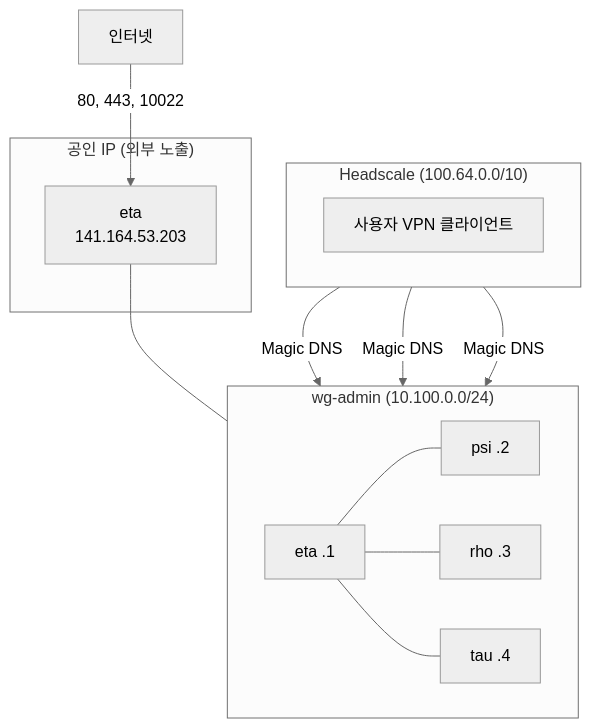
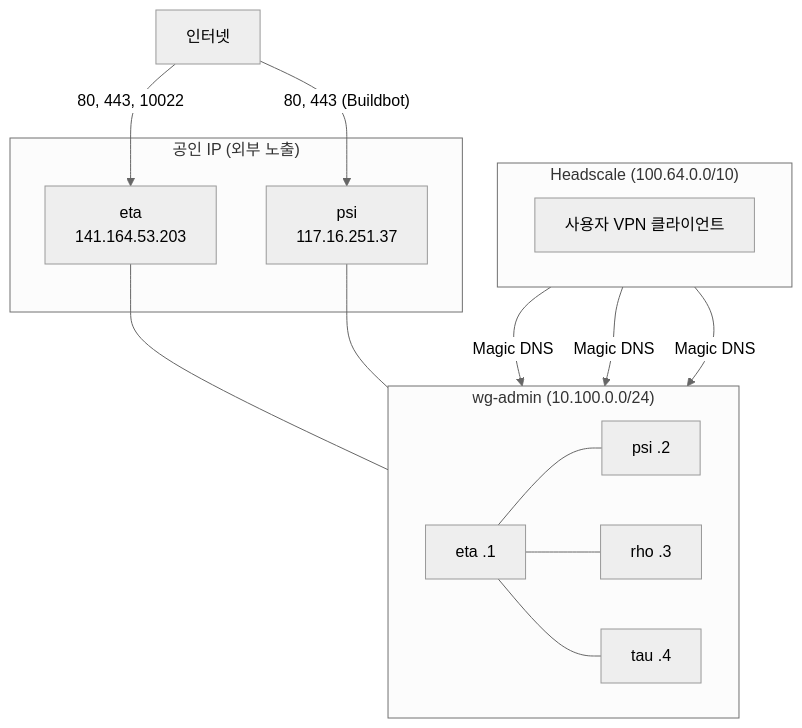
One commit to SBEE-Lab/infra changed the first of 2 diagrams in docs/admin/network.md. Above: the diagram before and after it, drawn with Mermaid (neutral theme). The commit also changed other lines of this file and 19 other files, not shown here.

First line of the commit message:
Keep Buildbot infrastructure on psi

````diff
--- a/docs/admin/network.md
+++ b/docs/admin/network.md
@@ -5,30 +5,33 @@
 ```mermaid
 graph TB
   internet["인터넷"]
 
   subgraph public["공인 IP (외부 노출)"]
     eta_pub["eta<br/>141.164.53.203"]
+    psi_pub["psi<br/>117.16.251.37"]
   end
 
   subgraph wg["wg-admin (10.100.0.0/24)"]
     direction LR
     eta_wg["eta .1"]
     psi_wg["psi .2"]
     rho_wg["rho .3"]
     tau_wg["tau .4"]
   end
 
   subgraph hs["Headscale (100.64.0.0/10)"]
     direction LR
     users["사용자 VPN 클라이언트"]
   end
 
   internet -- "80, 443, 10022" --> eta_pub
+  internet -- "80, 443 (Buildbot)" --> psi_pub
   eta_pub --- eta_wg
+  psi_pub --- psi_wg
   eta_wg --- psi_wg
   eta_wg --- rho_wg
   eta_wg --- tau_wg
   users -- "Magic DNS" --> eta_wg
   users -- "Magic DNS" --> psi_wg
   users -- "Magic DNS" --> tau_wg
 ```
````
